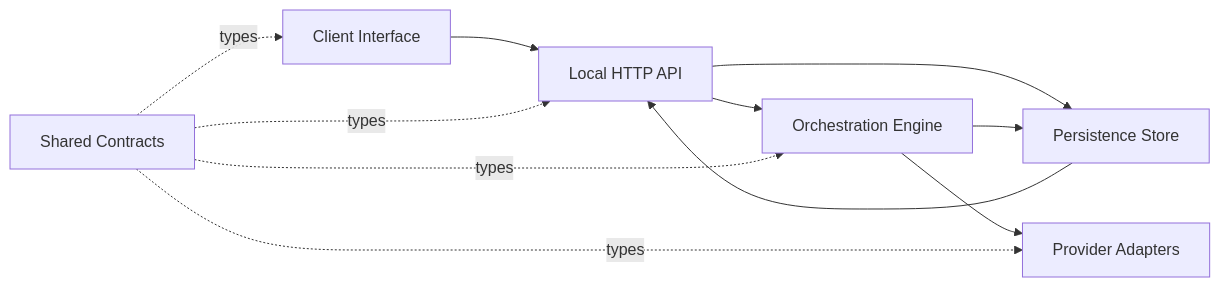
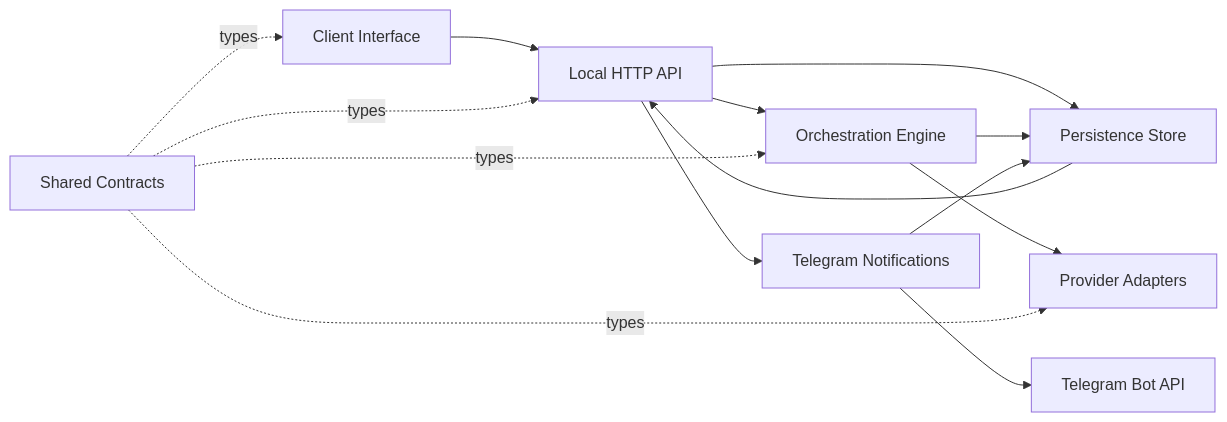
Before and after one commit to malayev-yerkanat/power-agents: the diagram in wiki/dependencies/Dependency Graph.md, drawn with Mermaid. The commit also changed other lines of this file and 130 other files, not shown here.

````diff
--- a/wiki/dependencies/Dependency Graph.md
+++ b/wiki/dependencies/Dependency Graph.md
@@ -11,13 +11,16 @@
 ```mermaid
 flowchart LR
   UI[Client Interface] --> API[Local HTTP API]
   API --> Engine[Orchestration Engine]
   API --> Store[Persistence Store]
   Engine --> Store
   Engine --> Adapters[Provider Adapters]
   Store --> API
+  API --> Telegram[Telegram Notifications]
+  Telegram --> Store
+  Telegram --> BotAPI[Telegram Bot API]
   Contracts[Shared Contracts] -. types .-> UI
   Contracts -. types .-> API
   Contracts -. types .-> Engine
   Contracts -. types .-> Adapters
 ```
````
